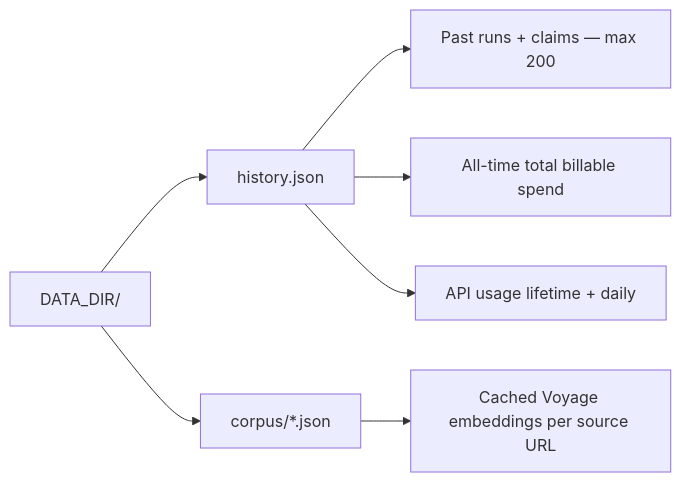
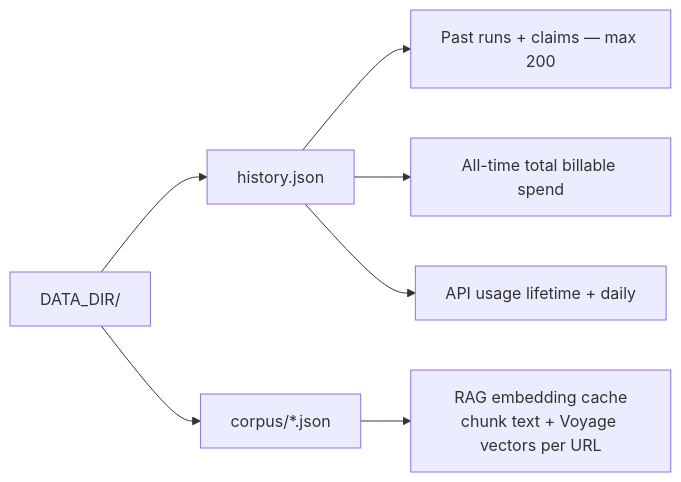
The fourth of 4 diagrams in README.md (jek821/Claim-Inspector), drawn with Mermaid before and after one commit. The commit also changed other lines of this file and 2 other files, not shown here.

Commit message:
added RAG pipeline, vectorization and voyage for embedded contexts retrieval

````diff
--- a/README.md
+++ b/README.md
@@ -488,10 +576,10 @@
 ```mermaid
 flowchart LR
   DATA_DIR["DATA_DIR/"]
   DATA_DIR --> HIST[history.json]
   DATA_DIR --> CORPUS[corpus/*.json]
   HIST --> RUNS[Past runs + claims — max 200]
   HIST --> COST[All-time total billable spend]
   HIST --> API[API usage lifetime + daily]
-  CORPUS --> EMB[Cached Voyage embeddings per source URL]
+  CORPUS --> EMB[RAG embedding cache\nchunk text + Voyage vectors per URL]
 ```
````
